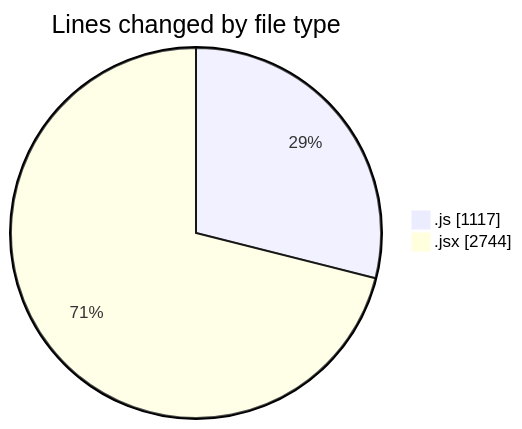
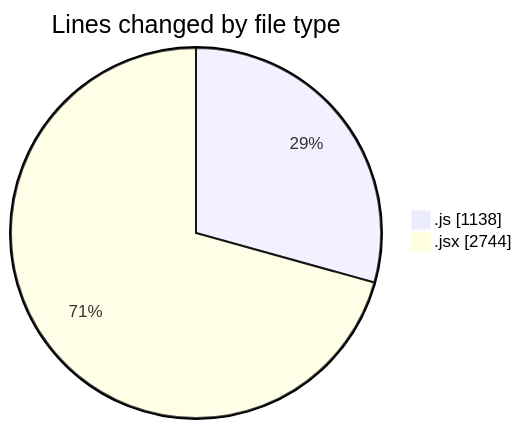
One commit to nxtqubesakshisongat/code-tracking changed the first of 2 diagrams in 2025-12-31/nxtqube_webapp/README.md. Above: the diagram before and after it, drawn with Mermaid. The commit also changed other lines of this file and 1 other file, not shown here.

````diff
--- a/2025-12-31/nxtqube_webapp/README.md
+++ b/2025-12-31/nxtqube_webapp/README.md
@@ -26,6 +26,6 @@
 ```mermaid
 pie showData
 title Lines changed by file type
-".js" : 1117
+".js" : 1138
 ".jsx" : 2744
 ```
````
